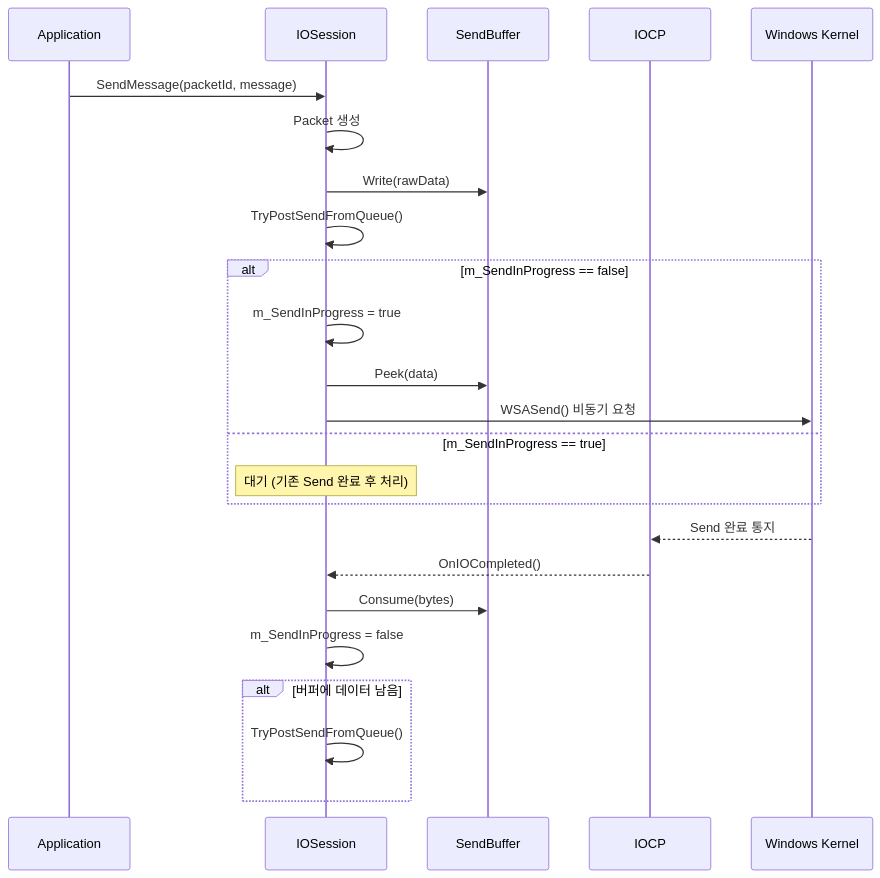
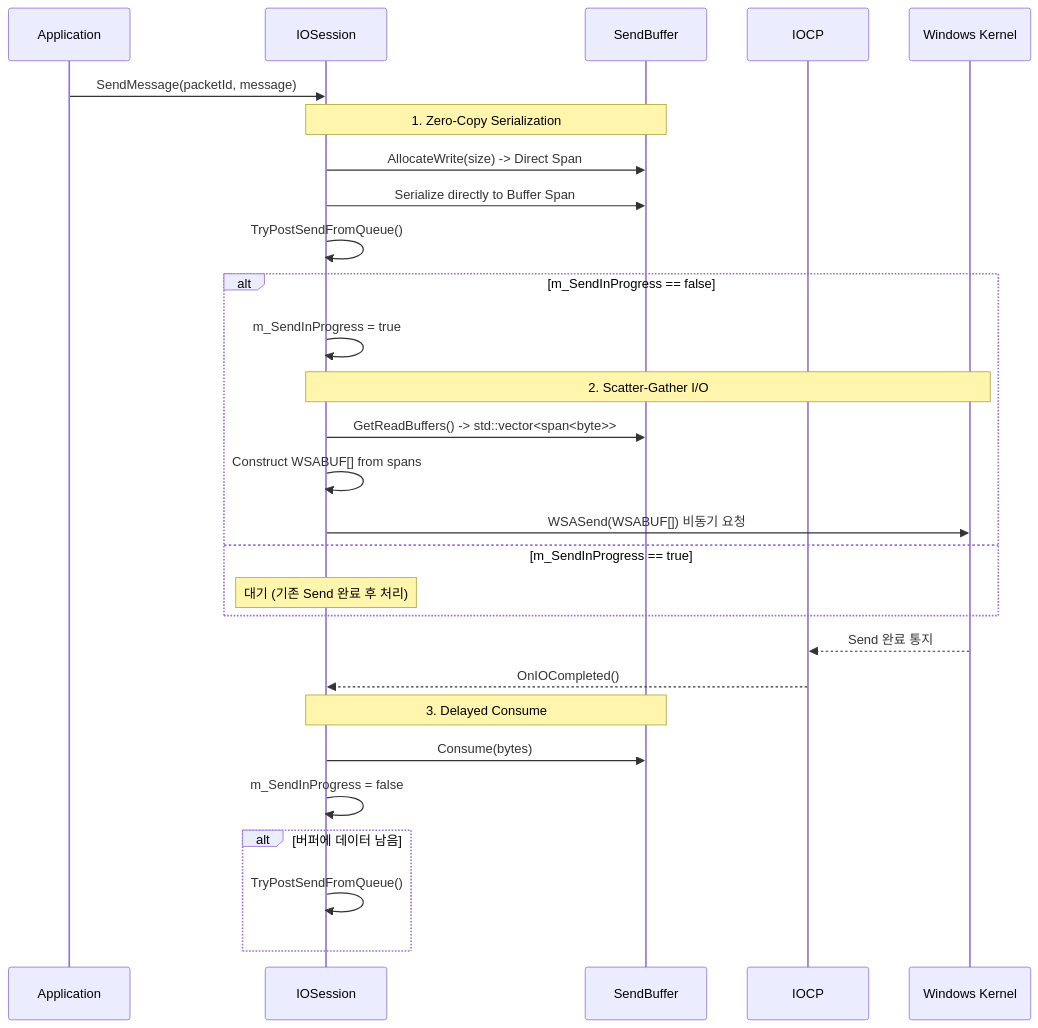
One commit to boinred/FastPort changed the seventh of 8 diagrams in docs/ARCHITECTURE_IOCP.md. Above: the diagram before and after it, drawn with Mermaid. The commit also changed other lines of this file and 8 other files, not shown here.

First line of the commit message:
IOCP: Zero-byte Recv 도입 및 소켓 옵션/문서 개선

````diff
--- a/docs/ARCHITECTURE_IOCP.md
+++ b/docs/ARCHITECTURE_IOCP.md
@@ -181,30 +192,38 @@
 ```mermaid
 sequenceDiagram
     participant App as Application
     participant Session as IOSession
     participant Buffer as SendBuffer
     participant IOCP as IOCP
     participant Kernel as Windows Kernel
 
     App->>Session: SendMessage(packetId, message)
-    Session->>Session: Packet 생성
-    Session->>Buffer: Write(rawData)
+    
+    Note over Session, Buffer: 1. Zero-Copy Serialization
+    Session->>Buffer: AllocateWrite(size) -> Direct Span
+    Session->>Buffer: Serialize directly to Buffer Span
+    
     Session->>Session: TryPostSendFromQueue()
 
     alt m_SendInProgress == false
         Session->>Session: m_SendInProgress = true
-        Session->>Buffer: Peek(data)
-        Session->>Kernel: WSASend() 비동기 요청
+        
+        Note over Session, Kernel: 2. Scatter-Gather I/O
+        Session->>Buffer: GetReadBuffers() -> std::vector<span<byte>>
+        Session->>Session: Construct WSABUF[] from spans
+        Session->>Kernel: WSASend(WSABUF[]) 비동기 요청
     else m_SendInProgress == true
         Note over Session: 대기 (기존 Send 완료 후 처리)
     end
 
     Kernel-->>IOCP: Send 완료 통지
     IOCP-->>Session: OnIOCompleted()
+    
+    Note over Session, Buffer: 3. Delayed Consume
     Session->>Buffer: Consume(bytes)
     Session->>Session: m_SendInProgress = false
 
     alt 버퍼에 데이터 남음
         Session->>Session: TryPostSendFromQueue()
     end
 ```
````
